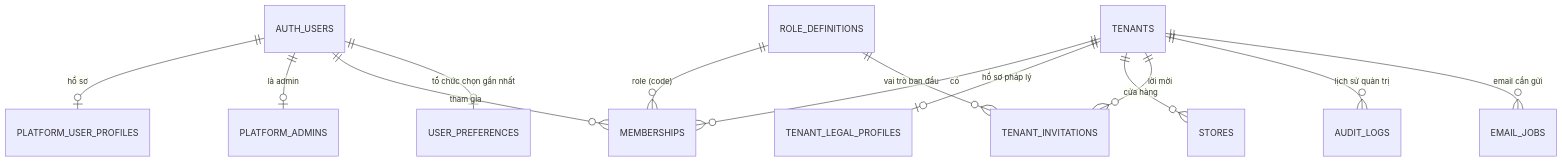
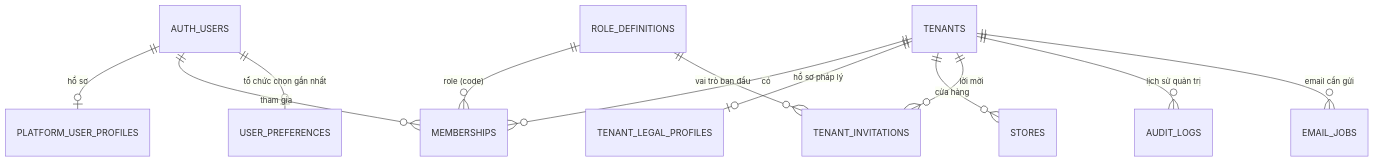
Before and after one commit to DsChien102/erp-sales-inventory: the diagram in docs/02-yeu-cau/TH-01-to-chuc-va-nguoi-dung.md, drawn with Mermaid. The commit also changed other lines of this file and 148 other files, not shown here.

Commit message:
refactor(iam): remove platform admin role and tenant/account blocked states (3-E)

````diff
--- a/docs/02-yeu-cau/TH-01-to-chuc-va-nguoi-dung.md
+++ b/docs/02-yeu-cau/TH-01-to-chuc-va-nguoi-dung.md
@@ -267,15 +247,14 @@
 ```mermaid
 erDiagram
     AUTH_USERS ||--o| PLATFORM_USER_PROFILES : "hồ sơ"
-    AUTH_USERS ||--o| PLATFORM_ADMINS : "là admin"
     AUTH_USERS ||--o{ MEMBERSHIPS : "tham gia"
     AUTH_USERS ||--o| USER_PREFERENCES : "tổ chức chọn gần nhất"
     TENANTS ||--o{ MEMBERSHIPS : "có"
     TENANTS ||--o| TENANT_LEGAL_PROFILES : "hồ sơ pháp lý"
     TENANTS ||--o{ STORES : "cửa hàng"
     TENANTS ||--o{ TENANT_INVITATIONS : "lời mời"
     ROLE_DEFINITIONS ||--o{ MEMBERSHIPS : "role (code)"
     ROLE_DEFINITIONS ||--o{ TENANT_INVITATIONS : "vai trò ban đầu"
     TENANTS ||--o{ AUDIT_LOGS : "lịch sử quản trị"
     TENANTS ||--o{ EMAIL_JOBS : "email cần gửi"
 ```
````
